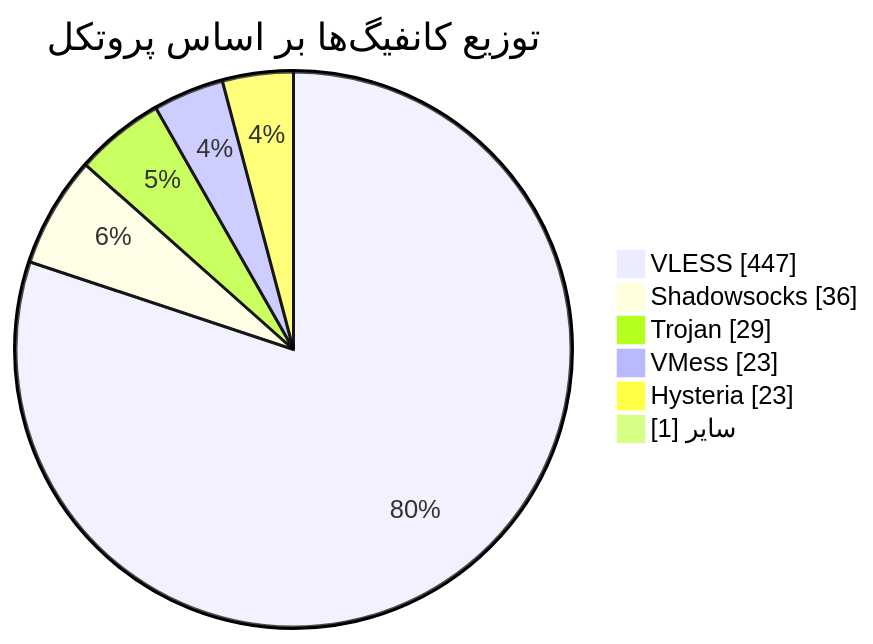
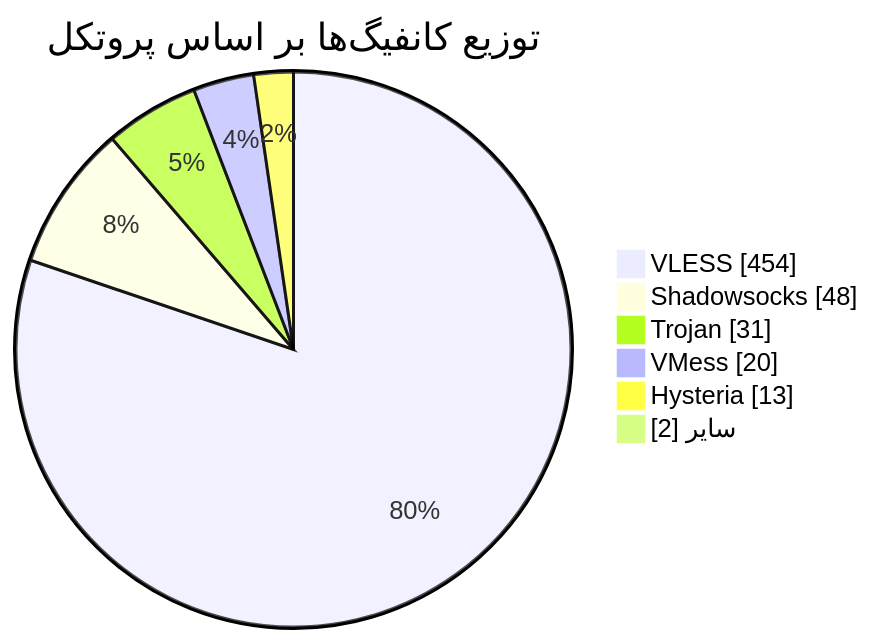
Before and after one commit to Arian-Alijani/Somthing: the diagram in README.md, drawn with Mermaid. The commit also changed other lines of this file and 101 other files, not shown here.

````diff
--- a/README.md
+++ b/README.md
@@ -48,10 +48,10 @@
 ```mermaid
 pie showData
     title توزیع کانفیگ‌ها بر اساس پروتکل
-    "VLESS" : 447
-    "Shadowsocks" : 36
-    "Trojan" : 29
-    "VMess" : 23
-    "Hysteria" : 23
-    "سایر" : 1
+    "VLESS" : 454
+    "Shadowsocks" : 48
+    "Trojan" : 31
+    "VMess" : 20
+    "Hysteria" : 13
+    "سایر" : 2
 ```
````
